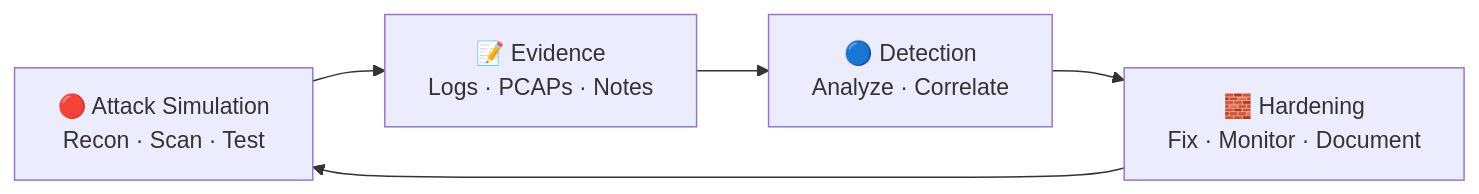
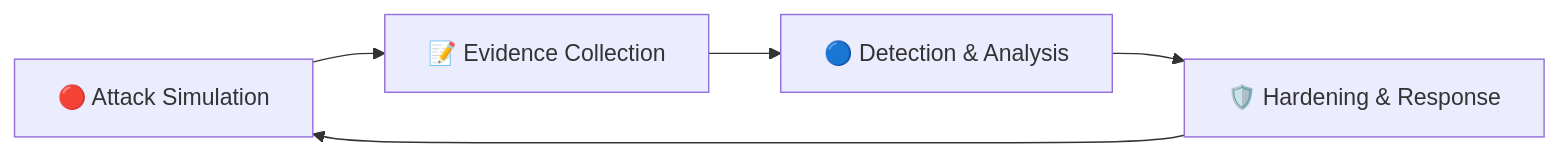
Before and after one commit to Karunpoojari7/Karunpoojari7: the diagram in README.md, drawn with Mermaid. The commit also changed other lines of this file, not shown here.

````diff
--- a/README.md
+++ b/README.md
@@ -164,7 +233,7 @@
 ```mermaid
 flowchart LR
-    A[🔴 Attack Simulation<br/>Recon · Scan · Test] --> B[📝 Evidence<br/>Logs · PCAPs · Notes]
-    B --> C[🔵 Detection<br/>Analyze · Correlate]
-    C --> D[🧱 Hardening<br/>Fix · Monitor · Document]
+    A["🔴 Attack Simulation"] --> B["📝 Evidence Collection"]
+    B --> C["🔵 Detection & Analysis"]
+    C --> D["🛡️ Hardening & Response"]
     D --> A
 ```
````
